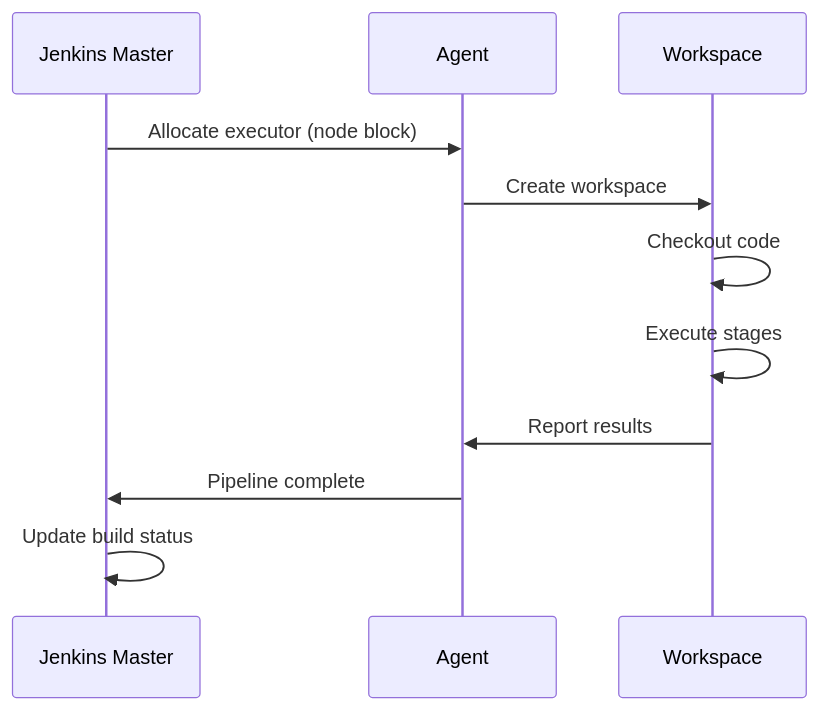
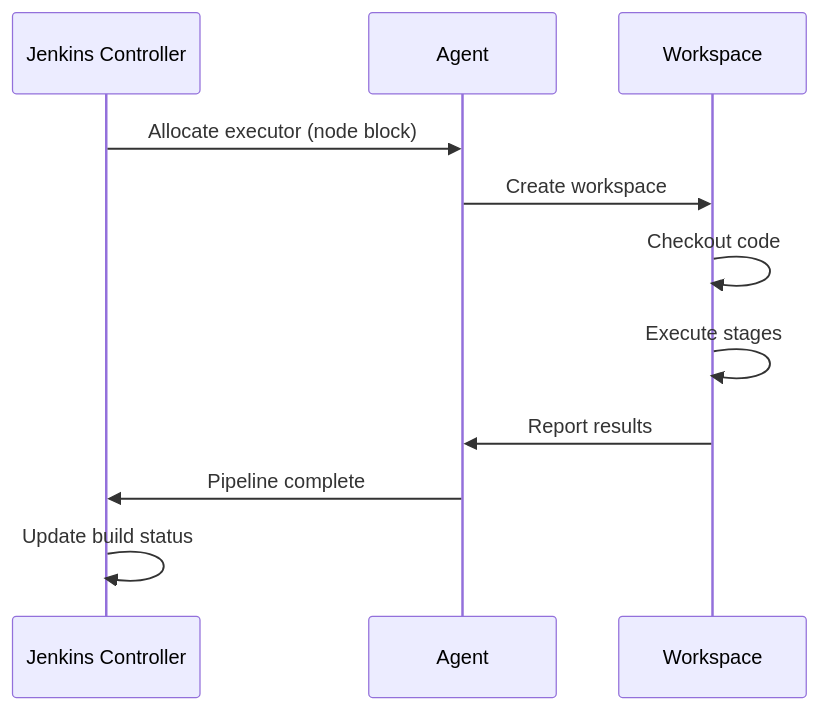
One commit to OneUptime/blog changed the second of 5 diagrams in posts/2026-01-30-jenkins-scripted-pipelines/README.md. Above: the diagram before and after it, drawn with Mermaid. The commit also changed other lines of this file and 2 other files, not shown here.

Commit message:
validate: 2026-01-30-jenkins-scripted-pipelines

````diff
--- a/posts/2026-01-30-jenkins-scripted-pipelines/README.md
+++ b/posts/2026-01-30-jenkins-scripted-pipelines/README.md
@@ -113,14 +113,14 @@
 ```mermaid
 sequenceDiagram
-    participant J as Jenkins Master
+    participant J as Jenkins Controller
     participant A as Agent
     participant W as Workspace
 
     J->>A: Allocate executor (node block)
     A->>W: Create workspace
     W->>W: Checkout code
     W->>W: Execute stages
     W->>A: Report results
     A->>J: Pipeline complete
     J->>J: Update build status
 ```
````
